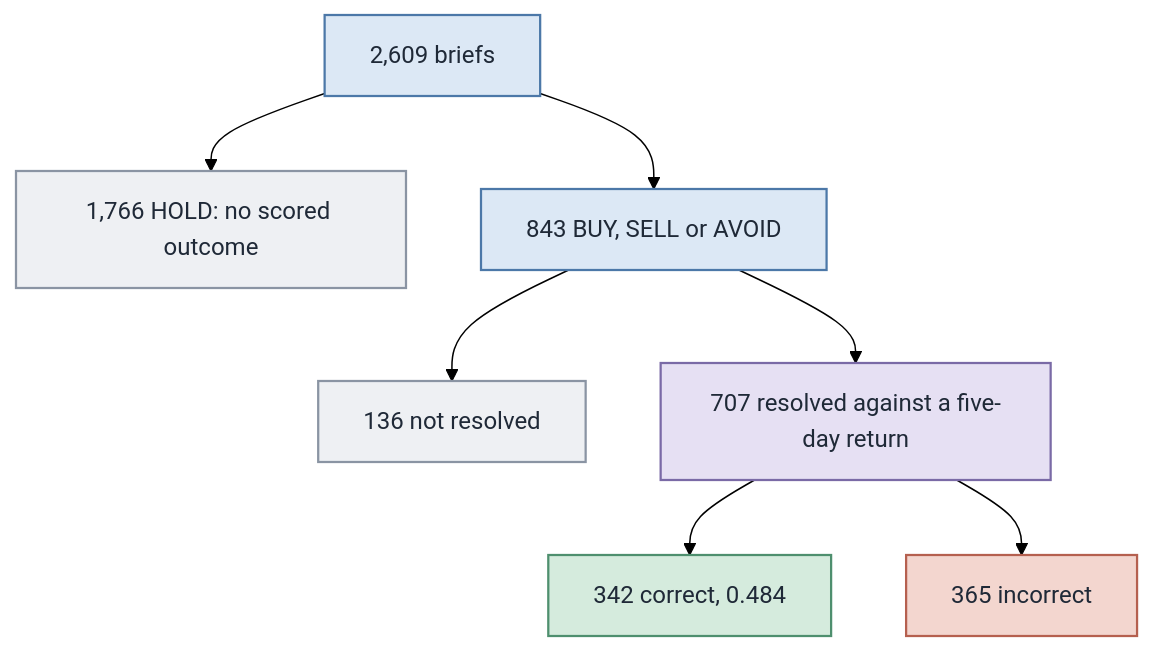
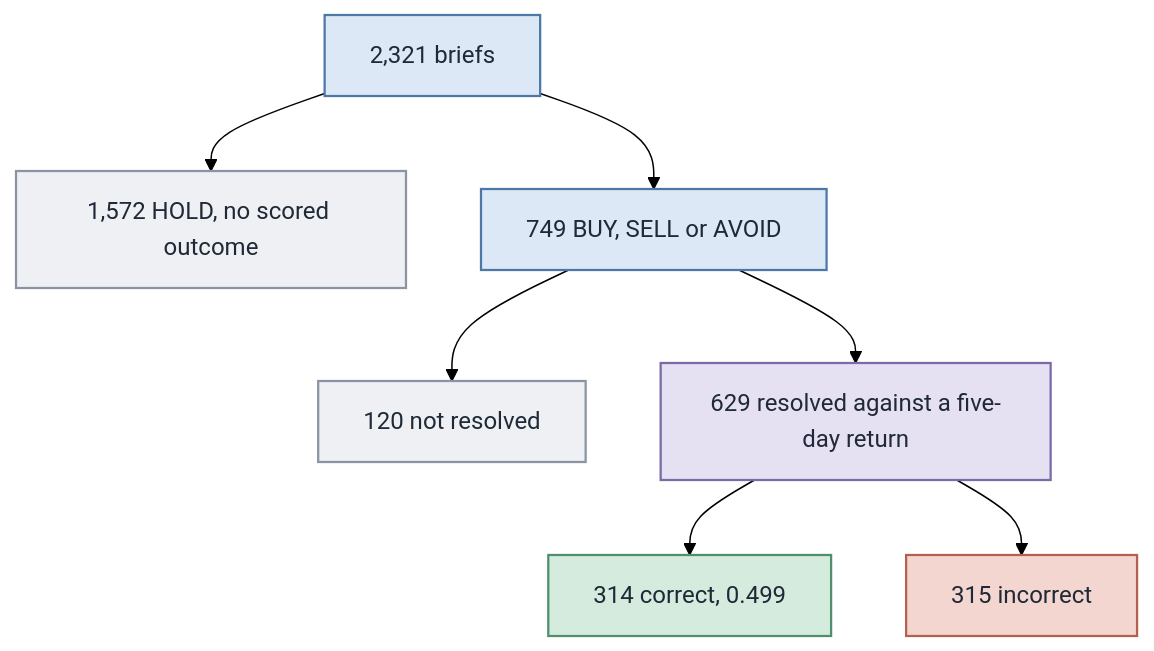
The diagram in docs/diagrams/src/evaluation-funnel.mmd (AdiMendelowitz/agentic-equity-research), drawn with Mermaid (forest theme) before and after one commit. The commit also changed 13 other files, not shown here.

```diff
--- a/docs/diagrams/src/evaluation-funnel.mmd
+++ b/docs/diagrams/src/evaluation-funnel.mmd
@@ -1,19 +1,19 @@
 %% Source for docs/diagrams/evaluation-funnel.svg. Render from the repository root:
 %% npx -y @mermaid-js/mermaid-cli@11 -c docs/diagrams/src/mermaid-config.json -i docs/diagrams/src/evaluation-funnel.mmd -o docs/diagrams/evaluation-funnel.svg -b white
 flowchart TD
-    briefs["2,609 briefs"] --> hold["1,766 HOLD: no scored outcome"]
-    briefs --> actionable["843 BUY, SELL or AVOID"]
-    actionable --> unresolved["136 not resolved"]
-    actionable --> resolved["707 resolved against a five-day return"]
-    resolved --> correct["342 correct, 0.484"]
-    resolved --> incorrect["365 incorrect"]
+    briefs["2,321 briefs"] --> hold["1,572 HOLD, no scored outcome"]
+    briefs --> actionable["749 BUY, SELL or AVOID"]
+    actionable --> unresolved["120 not resolved"]
+    actionable --> resolved["629 resolved against a five-day return"]
+    resolved --> correct["314 correct, 0.499"]
+    resolved --> incorrect["315 incorrect"]
     classDef total fill:#DCE8F5,stroke:#4C78A8,stroke-width:1.5px,color:#1F2937
     classDef out fill:#EEF0F3,stroke:#8A94A3,stroke-width:1.5px,color:#1F2937
     classDef scored fill:#E6E0F3,stroke:#7A6AA6,stroke-width:1.5px,color:#1F2937
     classDef good fill:#D5EBDD,stroke:#4E8F6E,stroke-width:1.5px,color:#1F2937
     classDef bad fill:#F3D6CF,stroke:#B5604F,stroke-width:1.5px,color:#1F2937
     class briefs,actionable total
     class hold,unresolved out
     class resolved scored
     class correct good
     class incorrect bad
```
